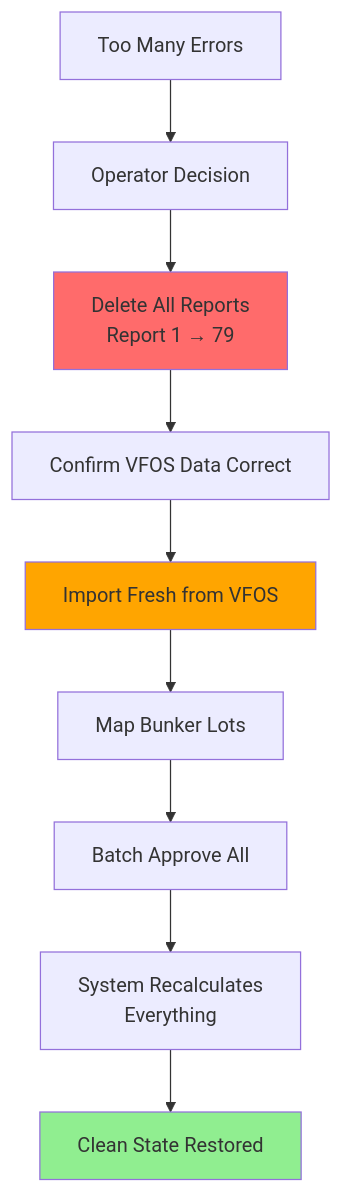
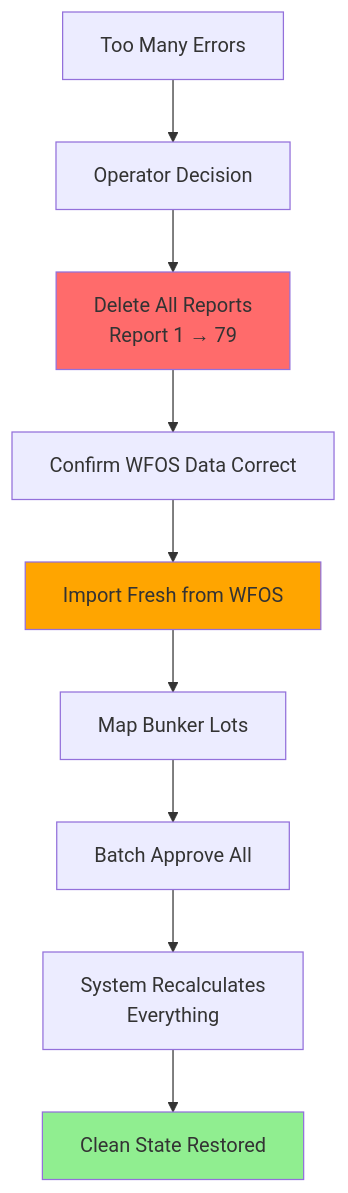
Diagram 19 of 22 in transcribe/VesselReport_Final_Documentation.md (NguyenPhamCode4You/ai-home-lab-docker-compose), drawn with Mermaid before and after one commit. The commit also changed other lines of this file, not shown here.

````diff
--- a/transcribe/VesselReport_Final_Documentation.md
+++ b/transcribe/VesselReport_Final_Documentation.md
@@ -909,19 +910,19 @@
 ```mermaid
 flowchart TD
     A[Too Many Errors] --> B[Operator Decision]
     B --> C[Delete All Reports<br/>Report 1 → 79]
 
-    C --> D[Confirm VFOS Data Correct]
-    D --> E[Import Fresh from VFOS]
+    C --> D[Confirm WFOS Data Correct]
+    D --> E[Import Fresh from WFOS]
 
     E --> F[Map Bunker Lots]
     F --> G[Batch Approve All]
 
     G --> H[System Recalculates<br/>Everything]
 
     H --> I[Clean State Restored]
 
     style C fill:#FF6B6B
     style E fill:#FFA500
     style I fill:#90EE90
 ```
````
